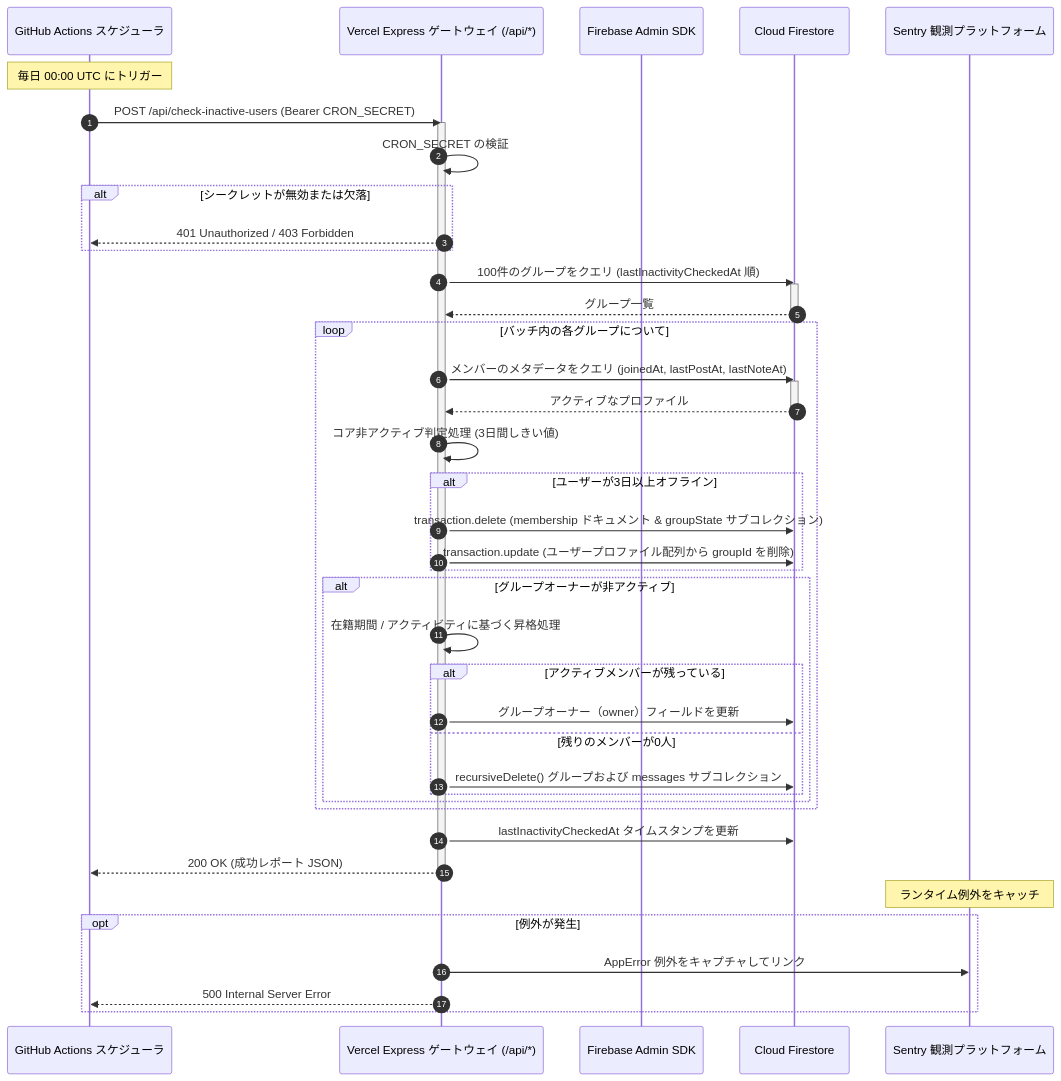
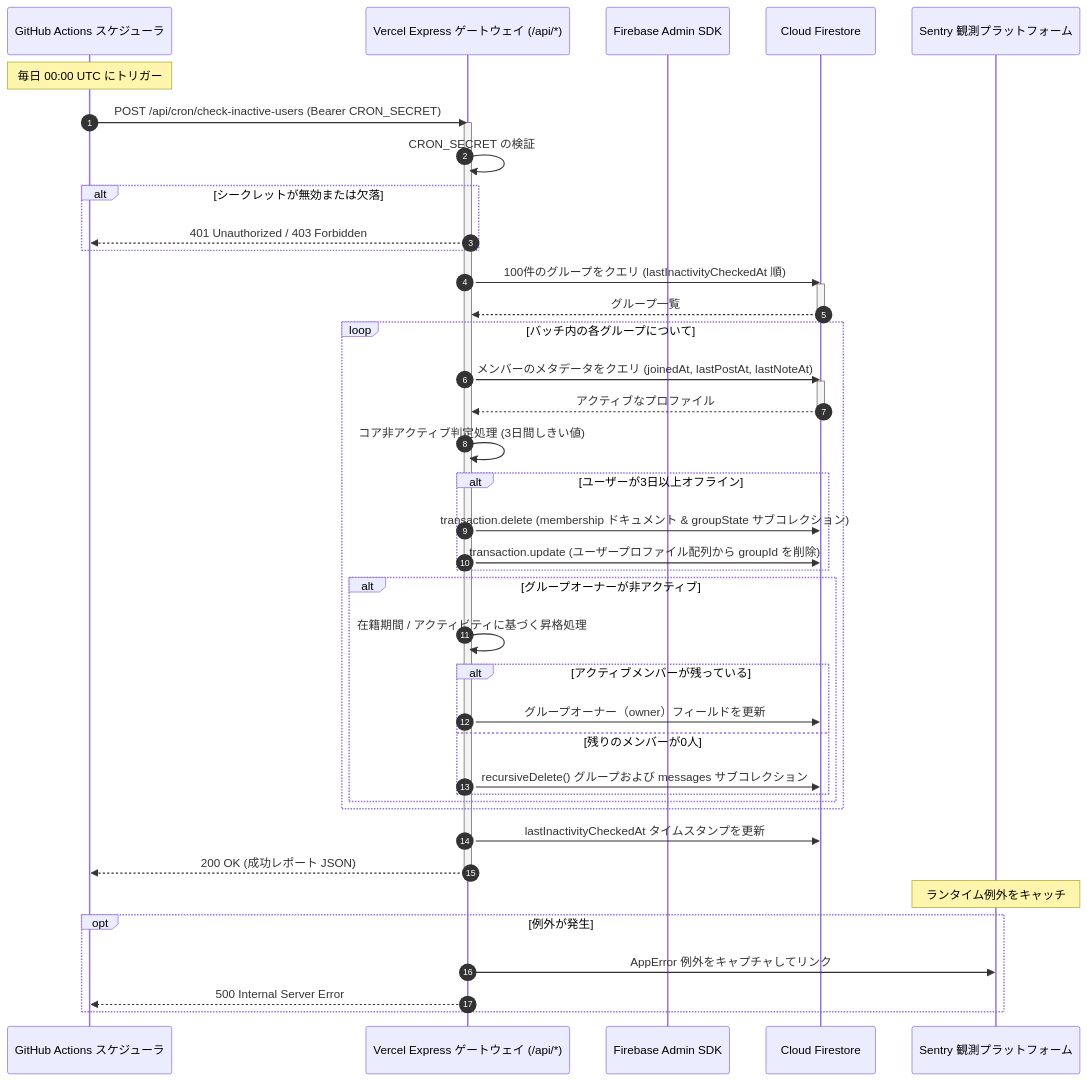
Before and after one commit to ScriptureHabit/scripture-habit: the diagram in docs/ja/cicd-maintenance-automation.md, drawn with Mermaid. The commit also changed other lines of this file and 10 other files, not shown here.

````diff
--- a/docs/ja/cicd-maintenance-automation.md
+++ b/docs/ja/cicd-maintenance-automation.md
@@ -56,56 +56,56 @@
 ```mermaid
 sequenceDiagram
     autonumber
     participant GitHub as GitHub Actions スケジューラ
     participant Gateway as Vercel Express ゲートウェイ (/api/*)
     participant Auth as Firebase Admin SDK
     participant DB as Cloud Firestore
     participant Sentry as Sentry 観測プラットフォーム
 
     Note over GitHub: 毎日 00:00 UTC にトリガー
-    GitHub->>Gateway: POST /api/check-inactive-users (Bearer CRON_SECRET)
+    GitHub->>Gateway: POST /api/cron/check-inactive-users (Bearer CRON_SECRET)
     
     activate Gateway
     Gateway->>Gateway: CRON_SECRET の検証
     alt シークレットが無効または欠落
         Gateway-->>GitHub: 401 Unauthorized / 403 Forbidden
     end
     
     Gateway->>DB: 100件のグループをクエリ (lastInactivityCheckedAt 順)
     activate DB
     DB-->>Gateway: グループ一覧
     deactivate DB
     
     loop バッチ内の各グループについて
         Gateway->>DB: メンバーのメタデータをクエリ (joinedAt, lastPostAt, lastNoteAt)
         activate DB
         DB-->>Gateway: アクティブなプロファイル
         deactivate DB
         
         Gateway->>Gateway: コア非アクティブ判定処理 (3日間しきい値)
         
         alt ユーザーが3日以上オフライン
             Gateway->>DB: transaction.delete (membership ドキュメント & groupState サブコレクション)
             Gateway->>DB: transaction.update (ユーザープロファイル配列から groupId を削除)
         end
         
         alt グループオーナーが非アクティブ
             Gateway->>Gateway: 在籍期間 / アクティビティに基づく昇格処理
             alt アクティブメンバーが残っている
                 Gateway->>DB: グループオーナー（owner）フィールドを更新
             else 残りのメンバーが0人
                 Gateway->>DB: recursiveDelete() グループおよび messages サブコレクション
             end
         end
     end
     
     Gateway->>DB: lastInactivityCheckedAt タイムスタンプを更新
     Gateway-->>GitHub: 200 OK (成功レポート JSON)
     deactivate Gateway
     
     Note over Sentry: ランタイム例外をキャッチ
     opt 例外が発生
         Gateway->>Sentry: AppError 例外をキャプチャしてリンク
         Gateway-->>GitHub: 500 Internal Server Error
     end
 ```
````
